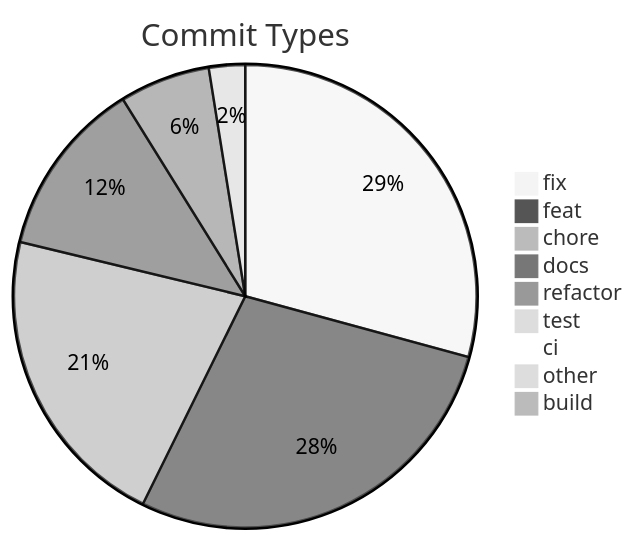
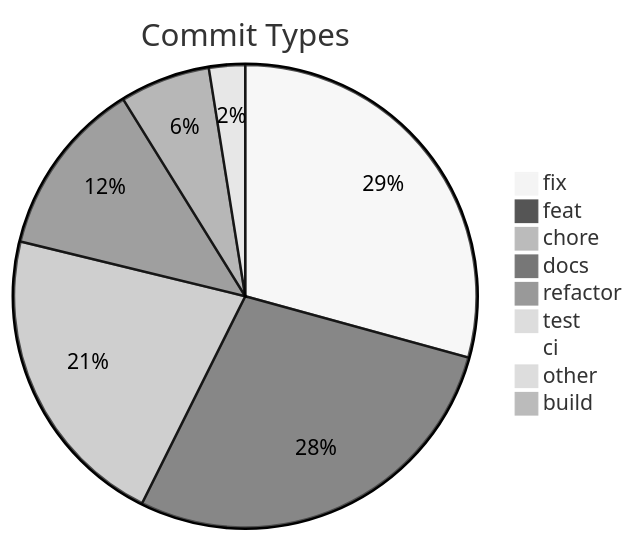
The diagram in .shipwright/compliance/change-history.md (svenroth-ai/shipwright), drawn with Mermaid (neutral theme) before and after one commit. The commit also changed other lines of this file and 9 other files, not shown here.

````diff
--- a/.shipwright/compliance/change-history.md
+++ b/.shipwright/compliance/change-history.md
@@ -8,12 +8,12 @@
 ```mermaid
 pie title Commit Types
-    "fix" : 347
-    "feat" : 333
+    "fix" : 348
+    "feat" : 334
     "chore" : 255
     "docs" : 147
     "refactor" : 75
     "test" : 30
     "ci" : 11
     "other" : 9
     "build" : 1
 ```
````
